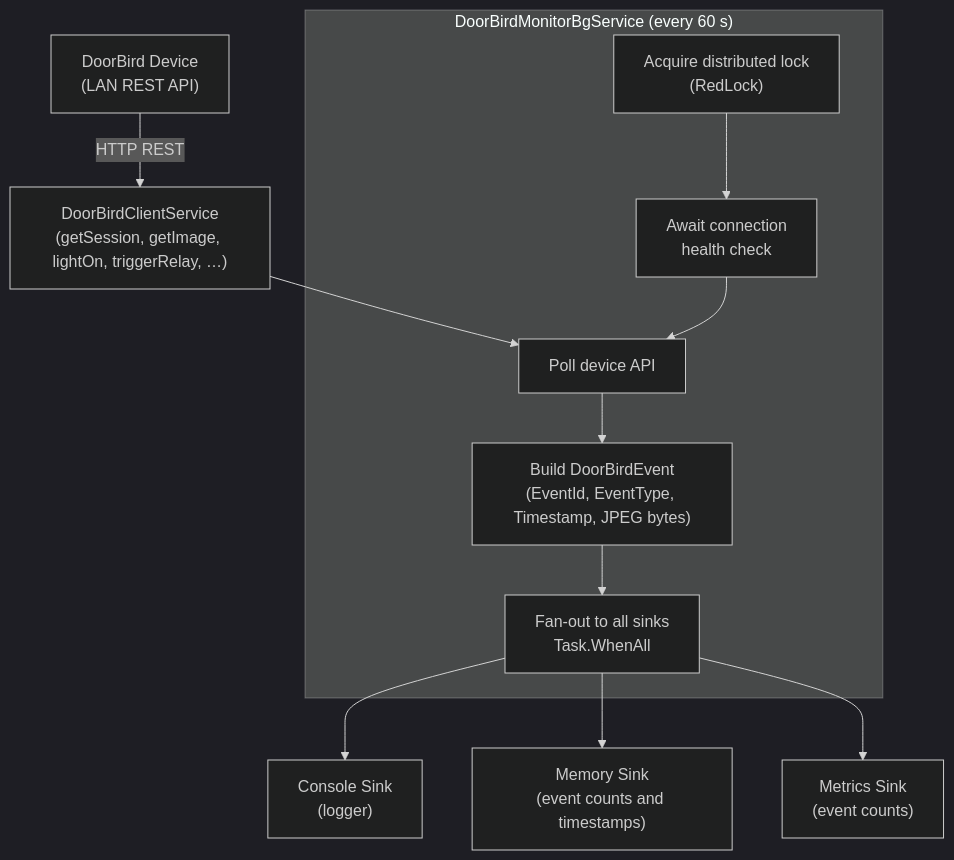
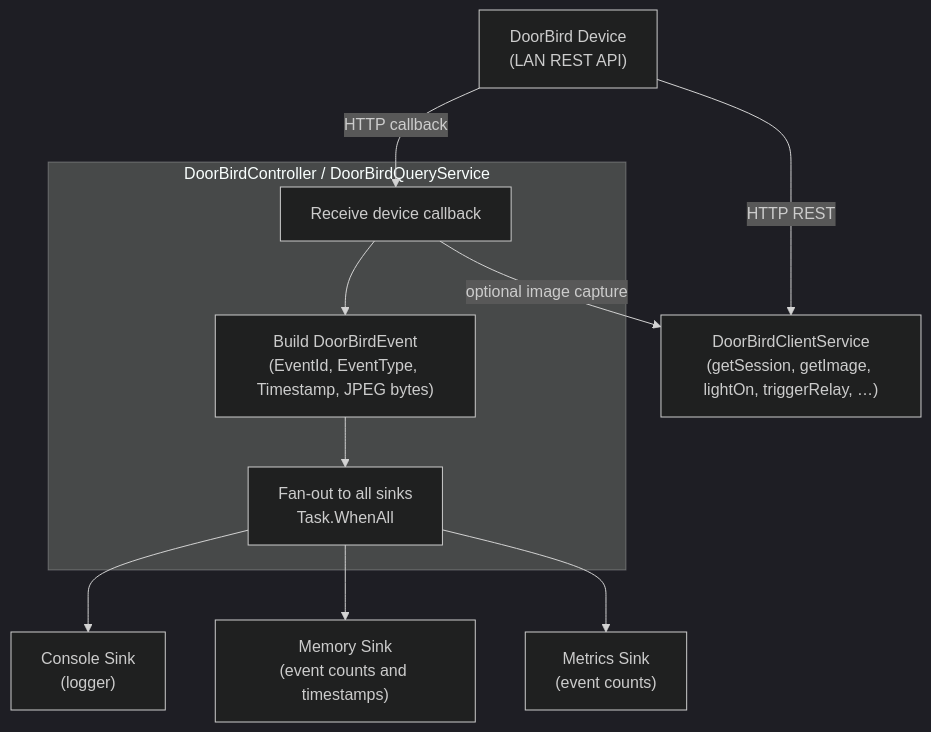
The diagram in src/CasCap.Api.DoorBird/README.md (f2calv/SmartHaus), drawn with Mermaid (dark theme) before and after one commit. The commit also changed other lines of this file and 34 other files, not shown here.

````diff
--- a/src/CasCap.Api.DoorBird/README.md
+++ b/src/CasCap.Api.DoorBird/README.md
@@ -49,25 +71,24 @@
 ```mermaid
 flowchart TD
     DEVICE["DoorBird Device\n(LAN REST API)"]
 
-    subgraph Monitor["DoorBirdMonitorBgService (every 60 s)"]
-        LOCK["Acquire distributed lock\n(RedLock)"]
-        HEALTH["Await connection\nhealth check"]
-        POLL["Poll device API"]
+    subgraph Callbacks["DoorBirdController / DoorBirdQueryService"]
+        POLL["Receive device callback"]
         BUILD["Build DoorBirdEvent\n(EventId, EventType, Timestamp, JPEG bytes)"]
         DISPATCH["Fan-out to all sinks\nTask.WhenAll"]
     end
 
     SINK_CONSOLE["Console Sink\n(logger)"]
     SINK_MEMORY["Memory Sink\n(event counts and timestamps)"]
     SINK_METRICS["Metrics Sink\n(event counts)"]
 
     CLIENT["DoorBirdClientService\n(getSession, getImage, lightOn, triggerRelay, …)"]
 
     DEVICE -->|HTTP REST| CLIENT
-    CLIENT --> POLL
-    LOCK --> HEALTH --> POLL --> BUILD --> DISPATCH
+    DEVICE -->|"HTTP callback"| POLL
+    POLL -->|"optional image capture"| CLIENT
+    POLL --> BUILD --> DISPATCH
     DISPATCH --> SINK_CONSOLE
     DISPATCH --> SINK_MEMORY
     DISPATCH --> SINK_METRICS
 ```
````
